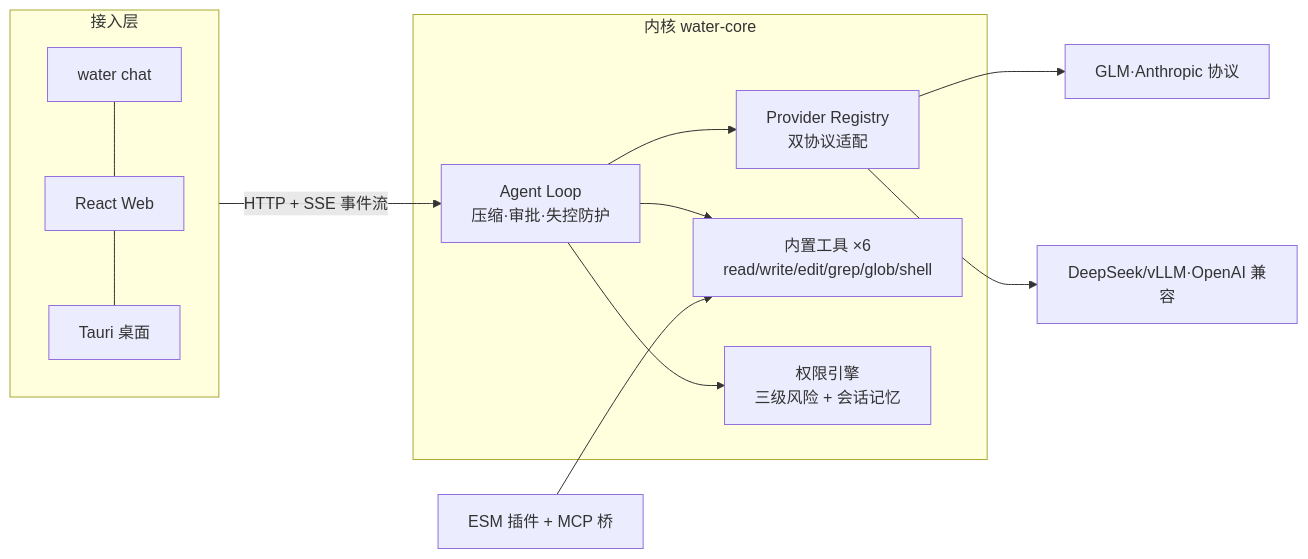
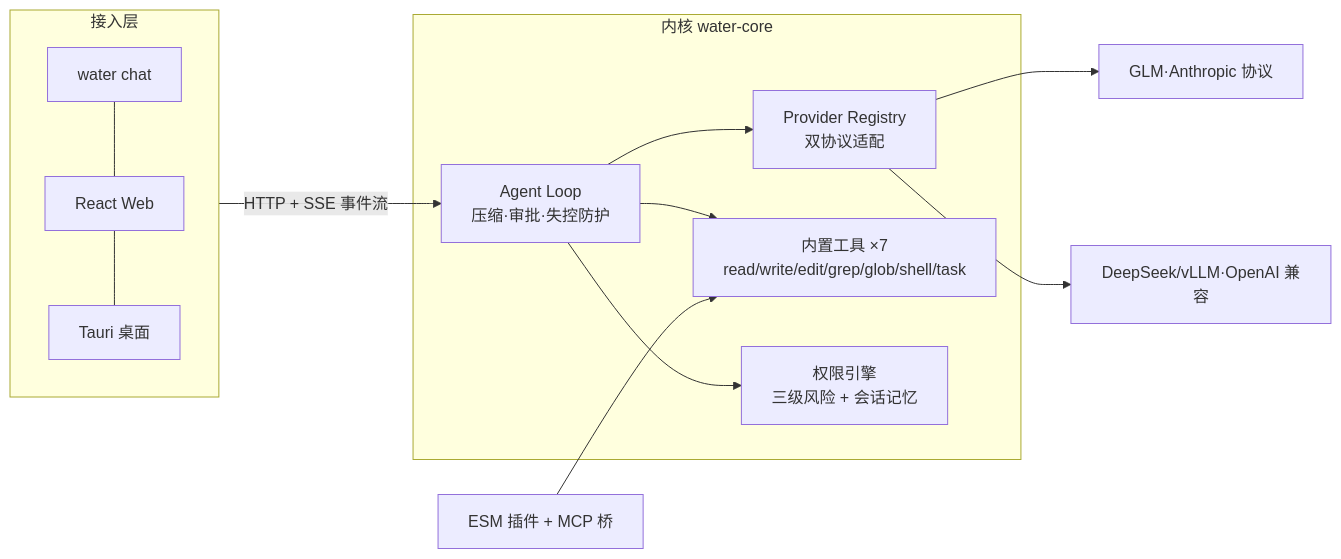
Before and after one commit to wsj502/water-ai-harness: the diagram in README.md, drawn with Mermaid. The commit also changed other lines of this file and 8 other files, not shown here.

````diff
--- a/README.md
+++ b/README.md
@@ -51,14 +51,14 @@
 ```mermaid
 flowchart LR
     subgraph 接入层
         CLI[water chat] --- WEB[React Web] --- DESK[Tauri 桌面]
     end
     subgraph 内核 water-core
         LOOP[Agent Loop<br/>压缩·审批·失控防护] --> PROV[Provider Registry<br/>双协议适配]
-        LOOP --> TOOL[内置工具 ×6<br/>read/write/edit/grep/glob/shell]
+        LOOP --> TOOL[内置工具 ×7<br/>read/write/edit/grep/glob/shell/task]
         LOOP --> PERM[权限引擎<br/>三级风险 + 会话记忆]
     end
     接入层 -->|HTTP + SSE 事件流| LOOP
     PROV --> GLM[GLM·Anthropic 协议] & OAI[DeepSeek/vLLM·OpenAI 兼容]
     PLUG[ESM 插件 + MCP 桥] --> TOOL
 ```
````
